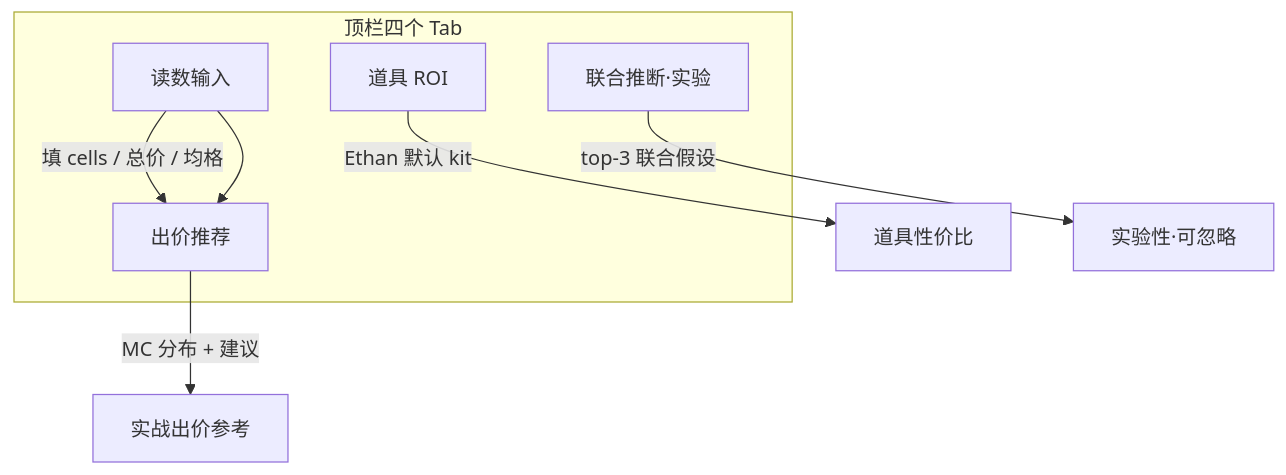
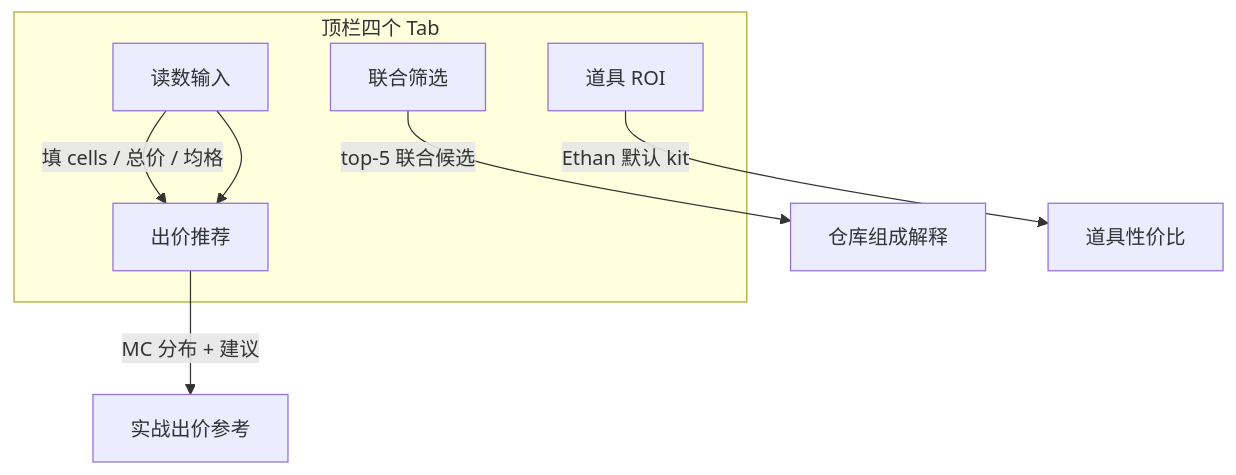
One commit to SeasonCake/bidking-lab changed the third of 3 diagrams in docs/INSTRUCTIONS.zh-CN.md. Above: the diagram before and after it, drawn with Mermaid. The commit also changed other lines of this file and 31 other files, not shown here.

Commit message:
Optimize inference UI and live observation flow

````diff
--- a/docs/INSTRUCTIONS.zh-CN.md
+++ b/docs/INSTRUCTIONS.zh-CN.md
@@ -69,14 +69,14 @@
 ```mermaid
 flowchart TB
   subgraph tabs [顶栏四个 Tab]
     R[读数输入]
     H[出价推荐]
+    J[联合筛选]
     I[道具 ROI]
-    J[联合推断·实验]
   end
   R -->|填 cells / 总价 / 均格| H
   R --> H
   H -->|MC 分布 + 建议| U[实战出价参考]
+  J -->|top-5 联合候选| X[仓库组成解释]
   I -->|Ethan 默认 kit| T[道具性价比]
-  J -->|top-3 联合假设| X[实验性·可忽略]
 ```
````
